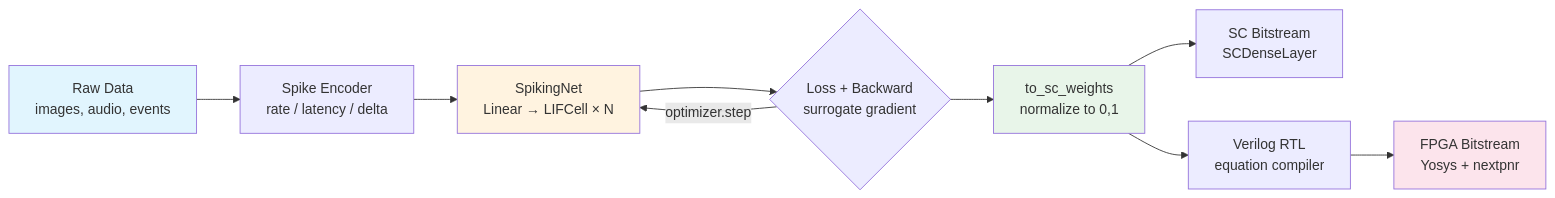
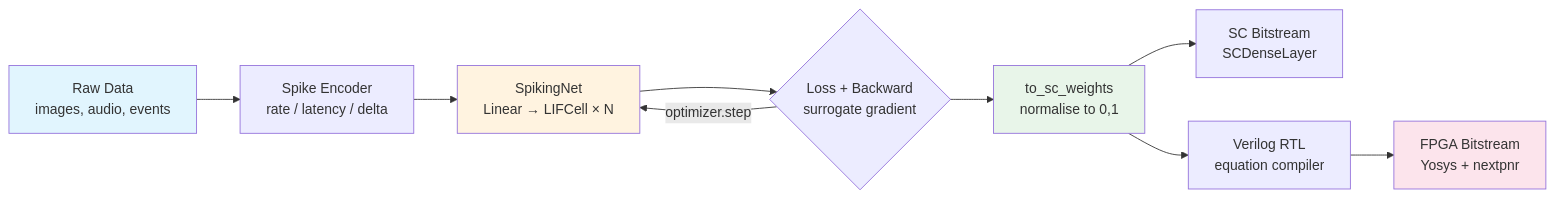
Before and after one commit to anulum/sc-neurocore: the first of 5 diagrams in docs/api/training.md, drawn with Mermaid. The commit also changed other lines of this file and 77 other files, not shown here.

````diff
--- a/docs/api/training.md
+++ b/docs/api/training.md
@@ -19,16 +19,16 @@
 ```mermaid
 flowchart LR
     A[Raw Data<br/>images, audio, events] --> B[Spike Encoder<br/>rate / latency / delta]
     B --> C[SpikingNet<br/>Linear → LIFCell × N]
     C --> D{Loss + Backward<br/>surrogate gradient}
     D --> |optimizer.step| C
-    D --> E[to_sc_weights<br/>normalize to 0,1]
+    D --> E[to_sc_weights<br/>normalise to 0,1]
     E --> F[SC Bitstream<br/>SCDenseLayer]
     E --> G[Verilog RTL<br/>equation compiler]
     G --> H[FPGA Bitstream<br/>Yosys + nextpnr]
 
     style A fill:#e1f5fe
     style C fill:#fff3e0
     style E fill:#e8f5e9
     style H fill:#fce4ec
 ```
````
